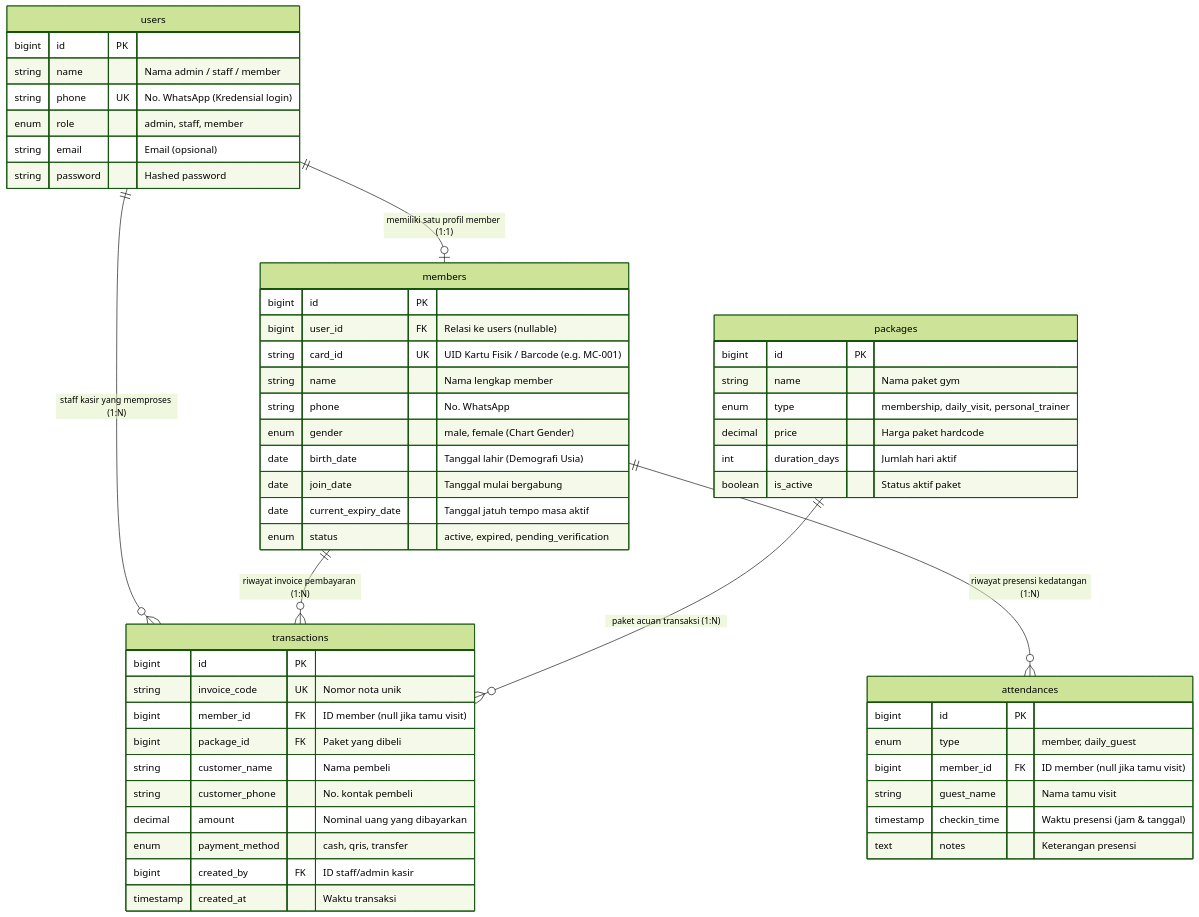
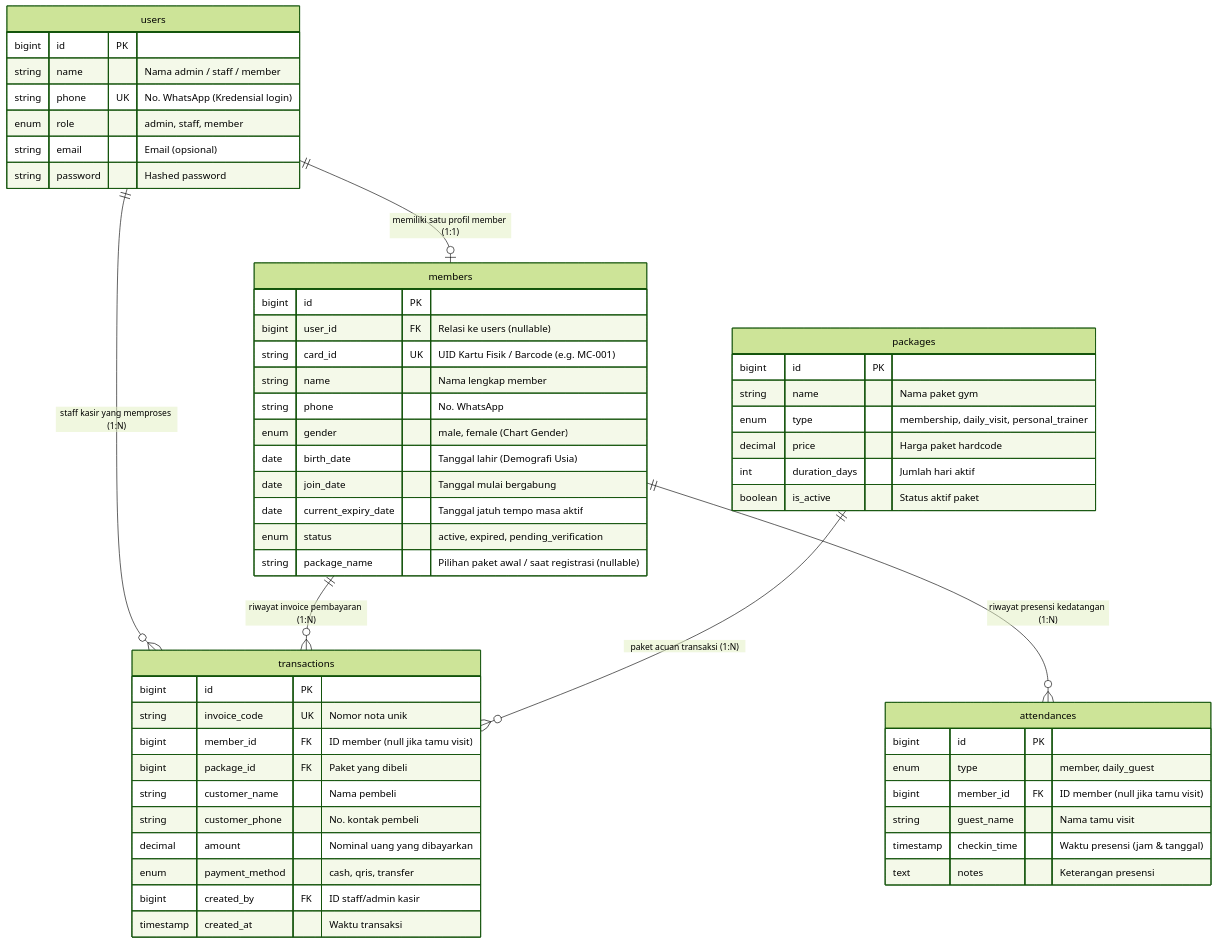
One commit to Putra1688/Maco-Gym-Malang changed the diagram in DATABASE_DOCUMENTATION.md. Above: the diagram before and after it, drawn with Mermaid (forest theme). The commit also changed other lines of this file and 26 other files, not shown here.

````diff
--- a/DATABASE_DOCUMENTATION.md
+++ b/DATABASE_DOCUMENTATION.md
@@ -31,61 +31,62 @@
 ```mermaid
 erDiagram
     users ||--o| members : "memiliki satu profil member (1:1)"
     users ||--o{ transactions : "staff kasir yang memproses (1:N)"
     members ||--o{ transactions : "riwayat invoice pembayaran (1:N)"
     members ||--o{ attendances : "riwayat presensi kedatangan (1:N)"
     packages ||--o{ transactions : "paket acuan transaksi (1:N)"
 
     users {
         bigint id PK
         string name "Nama admin / staff / member"
         string phone UK "No. WhatsApp (Kredensial login)"
         enum role "admin, staff, member"
         string email "Email (opsional)"
         string password "Hashed password"
     }
 
     members {
         bigint id PK
         bigint user_id FK "Relasi ke users (nullable)"
         string card_id UK "UID Kartu Fisik / Barcode (e.g. MC-001)"
         string name "Nama lengkap member"
         string phone "No. WhatsApp"
         enum gender "male, female (Chart Gender)"
         date birth_date "Tanggal lahir (Demografi Usia)"
         date join_date "Tanggal mulai bergabung"
         date current_expiry_date "Tanggal jatuh tempo masa aktif"
         enum status "active, expired, pending_verification"
+        string package_name "Pilihan paket awal / saat registrasi (nullable)"
     }
 
     packages {
         bigint id PK
         string name "Nama paket gym"
         enum type "membership, daily_visit, personal_trainer"
         decimal price "Harga paket hardcode"
         int duration_days "Jumlah hari aktif"
         boolean is_active "Status aktif paket"
     }
 
     transactions {
         bigint id PK
         string invoice_code UK "Nomor nota unik"
         bigint member_id FK "ID member (null jika tamu visit)"
         bigint package_id FK "Paket yang dibeli"
         string customer_name "Nama pembeli"
         string customer_phone "No. kontak pembeli"
         decimal amount "Nominal uang yang dibayarkan"
         enum payment_method "cash, qris, transfer"
         bigint created_by FK "ID staff/admin kasir"
         timestamp created_at "Waktu transaksi"
     }
 
     attendances {
         bigint id PK
         enum type "member, daily_guest"
         bigint member_id FK "ID member (null jika tamu visit)"
         string guest_name "Nama tamu visit"
         timestamp checkin_time "Waktu presensi (jam & tanggal)"
         text notes "Keterangan presensi"
     }
 ```
````
